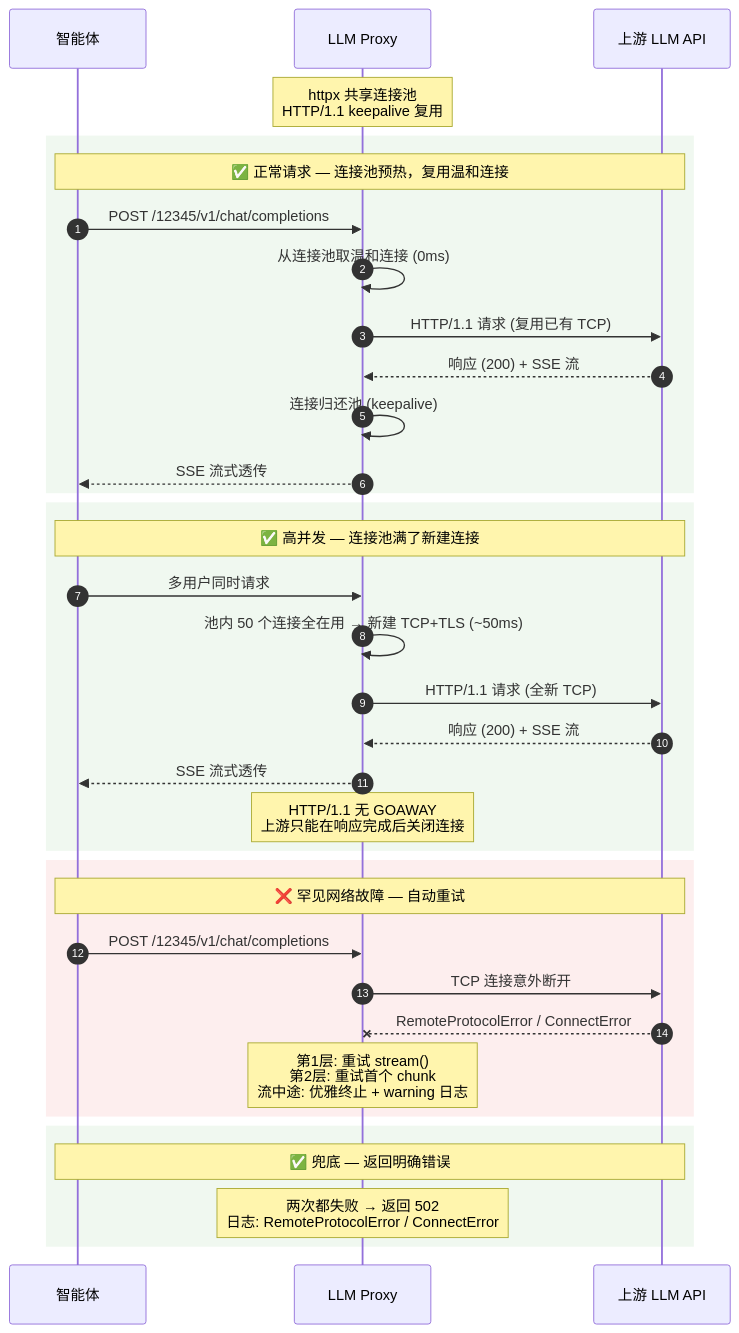
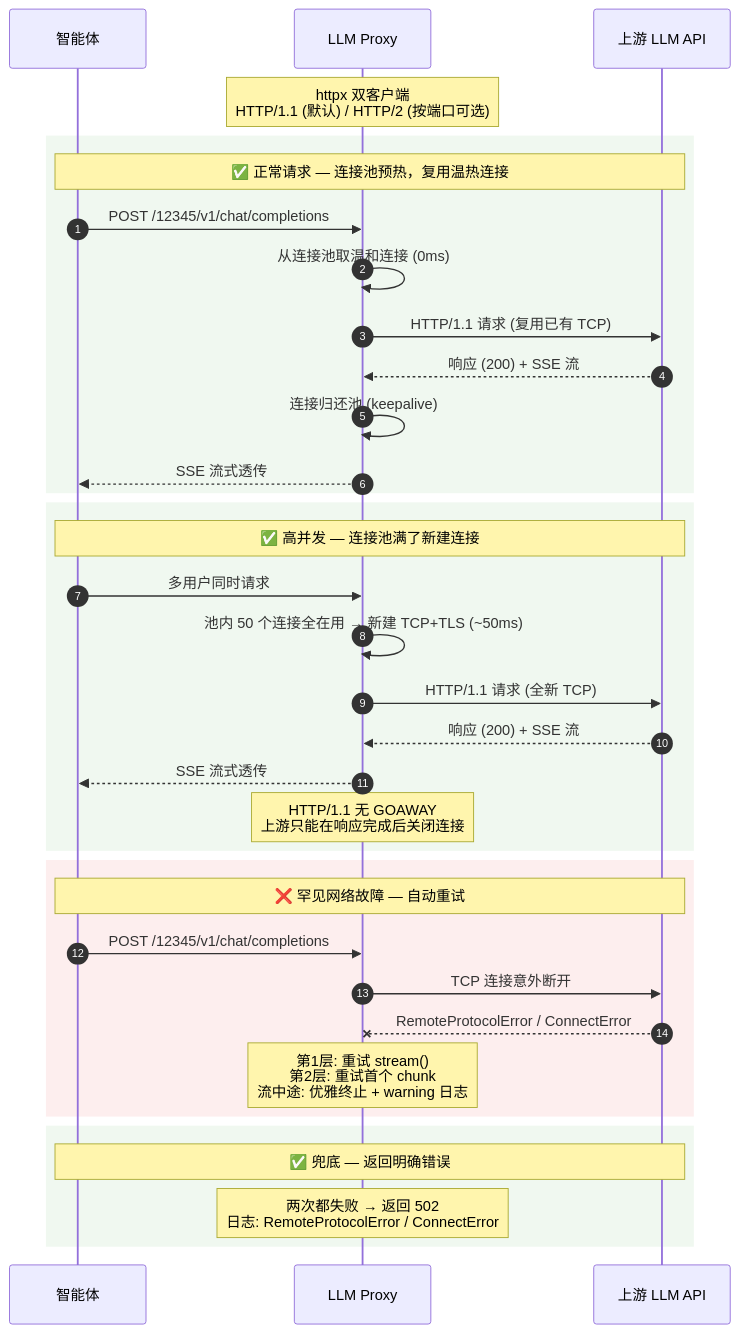
Before and after one commit to HaoCheng-Wang/llm-proxy: the ninth of 11 diagrams in README.md, drawn with Mermaid. The commit also changed other lines of this file and 2 other files, not shown here.

First line of the commit message:
docs: explicit relay HTTP/2 risks in README and frontend protocol selector

````diff
--- a/README.md
+++ b/README.md
@@ -410,42 +456,42 @@
 ```mermaid
 sequenceDiagram
     autonumber
     participant A as 智能体
     participant P as LLM Proxy
     participant U as 上游 LLM API
 
-    Note over P: httpx 共享连接池<br/>HTTP/1.1 keepalive 复用
+    Note over P: httpx 双客户端<br/>HTTP/1.1 (默认) / HTTP/2 (按端口可选)
 
     rect rgb(240, 248, 240)
-        Note over A,U: ✅ 正常请求 — 连接池预热，复用温和连接
+        Note over A,U: ✅ 正常请求 — 连接池预热，复用温热连接
         A->>P: POST /12345/v1/chat/completions
         P->>P: 从连接池取温和连接 (0ms)
         P->>U: HTTP/1.1 请求 (复用已有 TCP)
         U-->>P: 响应 (200) + SSE 流
         P->>P: 连接归还池 (keepalive)
         P-->>A: SSE 流式透传
     end
 
     rect rgb(240, 248, 240)
         Note over A,U: ✅ 高并发 — 连接池满了新建连接
         A->>P: 多用户同时请求
         P->>P: 池内 50 个连接全在用 → 新建 TCP+TLS (~50ms)
         P->>U: HTTP/1.1 请求 (全新 TCP)
         U-->>P: 响应 (200) + SSE 流
         P-->>A: SSE 流式透传
         Note over P: HTTP/1.1 无 GOAWAY<br/>上游只能在响应完成后关闭连接
     end
 
     rect rgb(253, 238, 238)
         Note over A,U: ❌ 罕见网络故障 — 自动重试
         A->>P: POST /12345/v1/chat/completions
         P->>U: TCP 连接意外断开
         U--xP: RemoteProtocolError / ConnectError
         Note over P: 第1层: 重试 stream()<br/>第2层: 重试首个 chunk<br/>流中途: 优雅终止 + warning 日志
     end
 
     rect rgb(240, 248, 240)
         Note over A,U: ✅ 兜底 — 返回明确错误
         Note over P: 两次都失败 → 返回 502<br/>日志: RemoteProtocolError / ConnectError
     end
 ```
````
